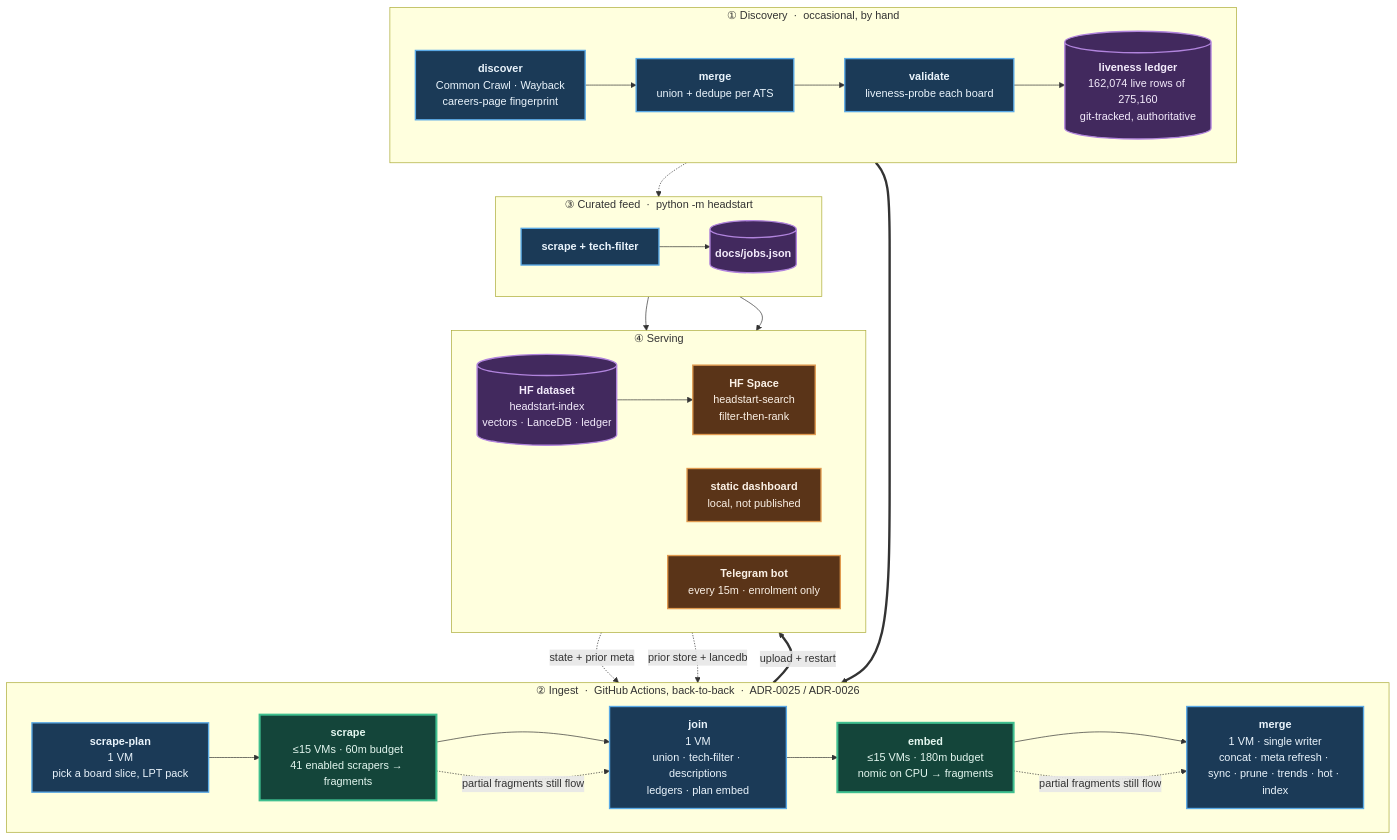
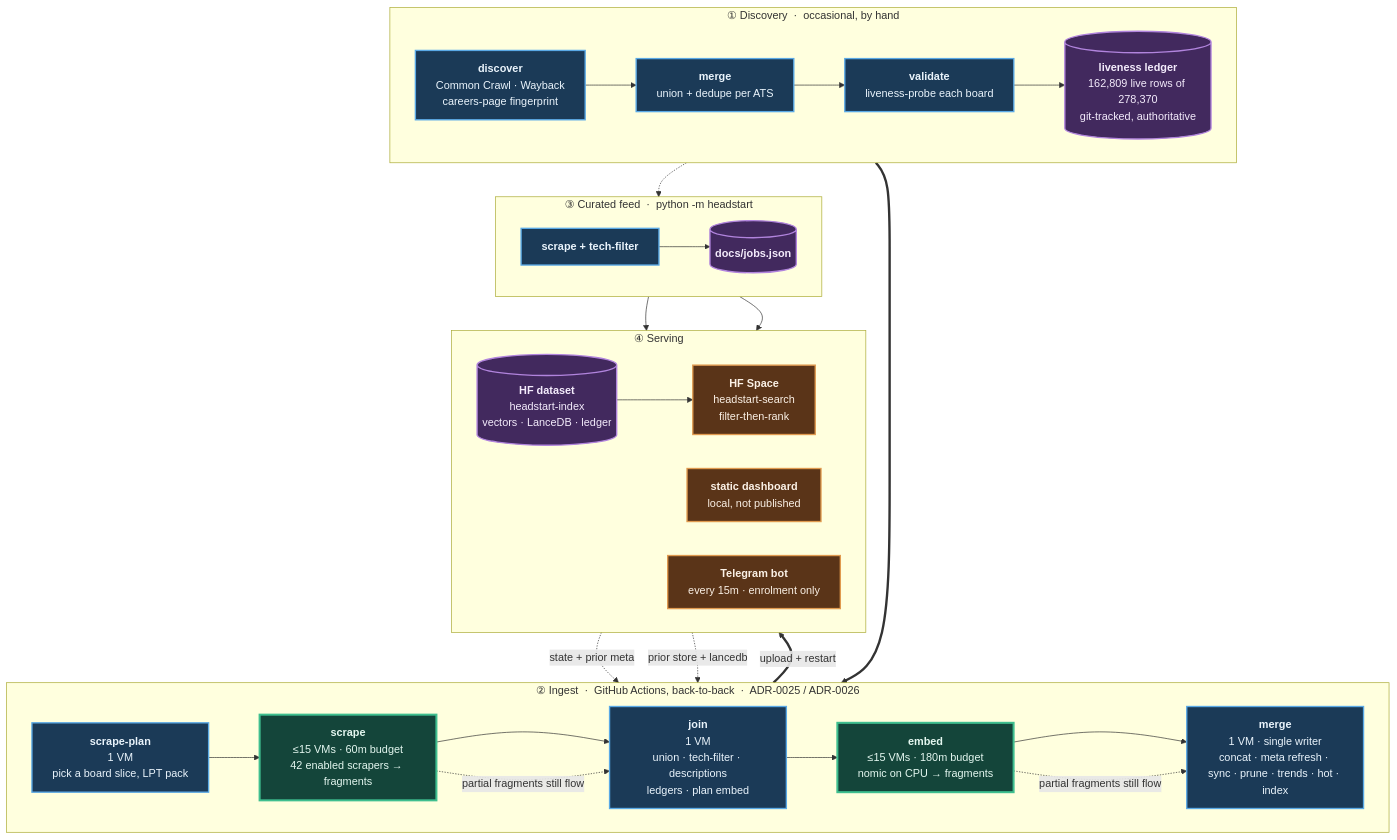
Before and after one commit to sarthakjain004/headstart: the diagram in README.md, drawn with Mermaid. The commit also changed other lines of this file and 17 other files, not shown here.

````diff
--- a/README.md
+++ b/README.md
@@ -171,56 +171,56 @@
 ```mermaid
 flowchart TB
     subgraph D["① Discovery &nbsp;·&nbsp; occasional, by hand"]
         direction LR
         D1["<b>discover</b><br/>Common Crawl · Wayback<br/>careers-page fingerprint"]
         D2["<b>merge</b><br/>union + dedupe per ATS"]
         D3["<b>validate</b><br/>liveness-probe each board"]
-        D4[("<b>liveness ledger</b><br/>162,074 live rows of 275,160<br/>git-tracked, authoritative")]
+        D4[("<b>liveness ledger</b><br/>162,809 live rows of 278,370<br/>git-tracked, authoritative")]
         D1 --> D2 --> D3 --> D4
     end
 
     subgraph P["② Ingest &nbsp;·&nbsp; GitHub Actions, back-to-back &nbsp;·&nbsp; ADR-0025 / ADR-0026"]
         direction LR
         P1["<b>scrape-plan</b><br/>1 VM<br/>pick a board slice, LPT pack"]
-        P2["<b>scrape</b><br/>≤15 VMs · 60m budget<br/>41 enabled scrapers → fragments"]
+        P2["<b>scrape</b><br/>≤15 VMs · 60m budget<br/>42 enabled scrapers → fragments"]
         P3["<b>join</b><br/>1 VM<br/>union · tech-filter · descriptions<br/>ledgers · plan embed"]
         P4["<b>embed</b><br/>≤15 VMs · 180m budget<br/>nomic on CPU → fragments"]
         P5["<b>merge</b><br/>1 VM · single writer<br/>concat · meta refresh · sync · prune · trends · hot · index"]
         P1 --> P2 --> P3 --> P4 --> P5
     end
 
     subgraph F["③ Curated feed &nbsp;·&nbsp; python -m headstart"]
         direction LR
         F1["<b>scrape + tech-filter</b>"]
         F2[("<b>docs/jobs.json</b>")]
         F1 --> F2
     end
 
     subgraph S["④ Serving"]
         direction LR
         S1[("<b>HF dataset</b><br/>headstart-index<br/>vectors · LanceDB · ledger")]
         S2["<b>HF Space</b><br/>headstart-search<br/>filter-then-rank"]
         S3["<b>static dashboard</b><br/>local, not published"]
         S4["<b>Telegram bot</b><br/>every 15m · enrolment only"]
         S1 --> S2
     end
 
     D4 ==> P1
     S1 -. "state + prior meta" .-> P1
     S1 -. "prior store + lancedb" .-> P5
     D4 -.-> F1
     P5 ==>|"upload + restart"| S1
     F2 --> S3
     F2 --> S4
     P2 -. "partial fragments still flow" .-> P3
     P4 -. "partial fragments still flow" .-> P5
 
     classDef serial fill:#1b3a57,stroke:#5aa9e6,stroke-width:2px,color:#eaf4fc
     classDef fan fill:#14453a,stroke:#3fbf8f,stroke-width:3px,color:#e4f7f0
     classDef store fill:#42295e,stroke:#b184dd,stroke-width:2px,color:#f4ecfc
     classDef serve fill:#5a3418,stroke:#e09a4f,stroke-width:2px,color:#fbf1e6
     class D1,D2,D3,P1,P3,P5,F1 serial
     class P2,P4 fan
     class D4,F2,S1 store
     class S2,S3,S4 serve
 ```
````
